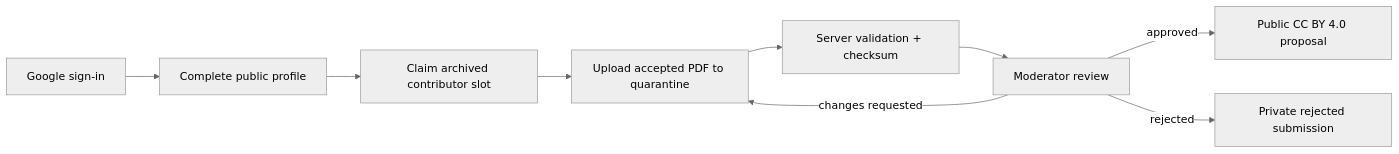
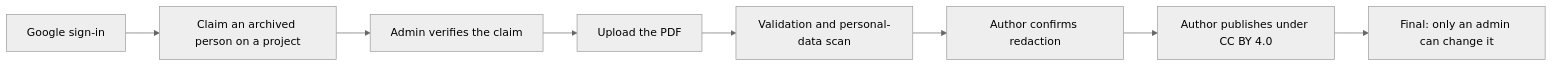
Before and after one commit to ketankauntia/gsoc-orgs: the second of 2 diagrams in README.md, drawn with Mermaid (neutral theme). The commit also changed other lines of this file and 3 other files, not shown here.

````diff
--- a/README.md
+++ b/README.md
@@ -46,11 +46,10 @@
 ```mermaid
 flowchart LR
-  SignIn[Google sign-in] --> Profile[Complete public profile]
-  Profile --> Claim[Claim archived contributor slot]
-  Claim --> Upload[Upload accepted PDF to quarantine]
-  Upload --> Validate[Server validation + checksum]
-  Validate --> Review[Moderator review]
-  Review -->|approved| Public[Public CC BY 4.0 proposal]
-  Review -->|changes requested| Upload
-  Review -->|rejected| Closed[Private rejected submission]
+  SignIn[Google sign-in] --> Claim[Claim an archived person on a project]
+  Claim --> Verify[Admin verifies the claim]
+  Verify --> Upload[Upload the PDF]
+  Upload --> Check[Validation and personal-data scan]
+  Check --> Confirm[Author confirms redaction]
+  Confirm --> Publish[Author publishes under CC BY 4.0]
+  Publish --> Final[Final: only an admin can change it]
 ```
````
